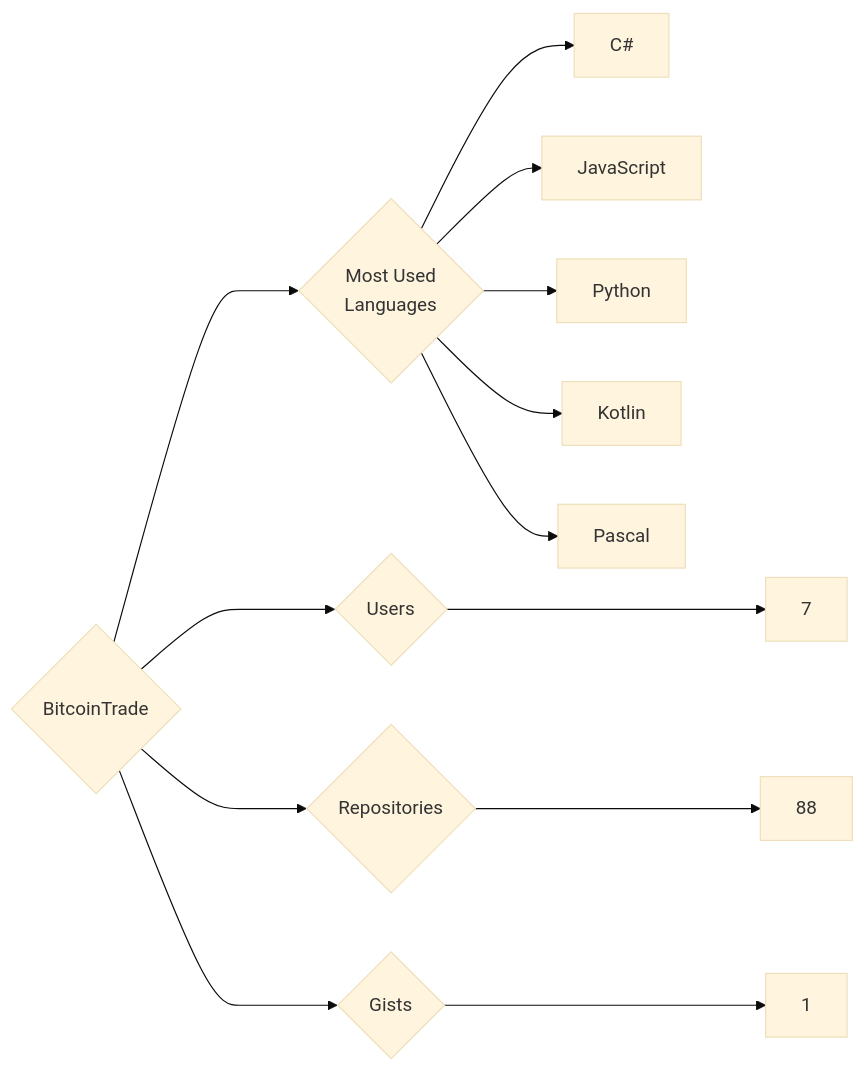
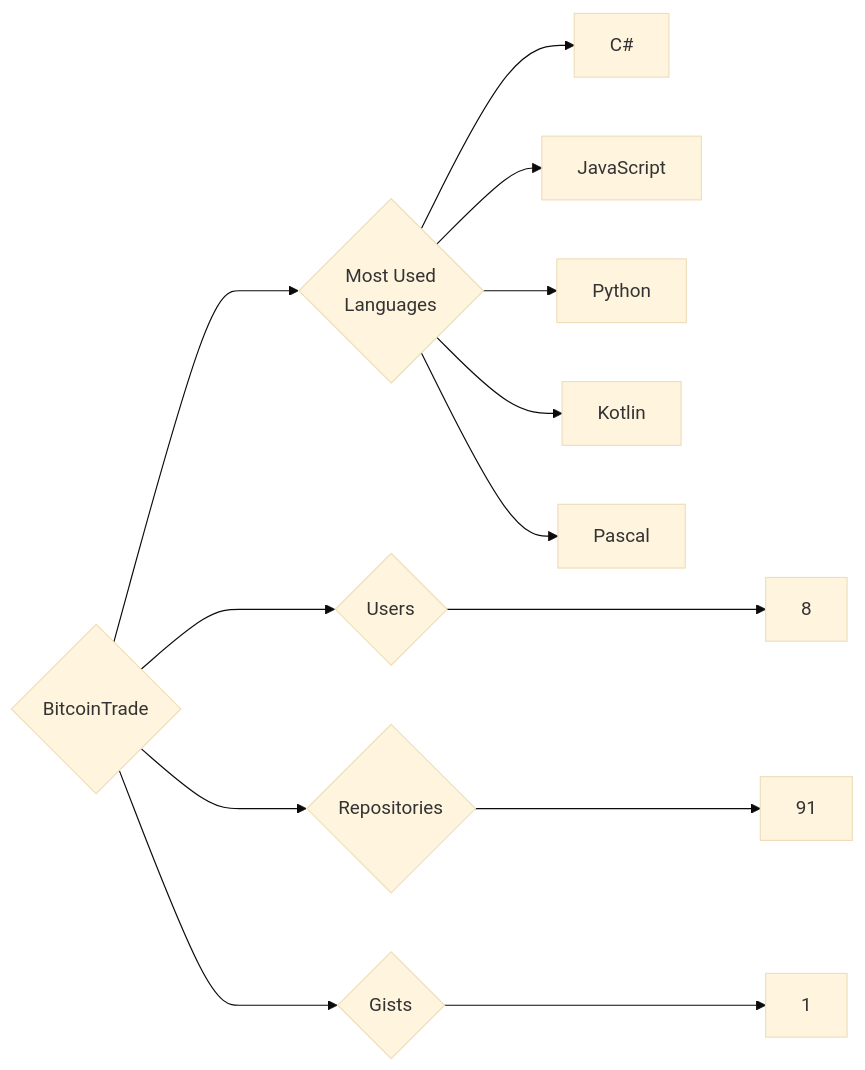
Before and after one commit to trickest/insiders: the diagram in targets/BitcoinTrade/README.md, drawn with Mermaid (base theme). The commit also changed 1023 other files, not shown here.

````diff
--- a/targets/BitcoinTrade/README.md
+++ b/targets/BitcoinTrade/README.md
@@ -3,13 +3,13 @@
 ```mermaid
 graph LR
 COMPANY_NAME{BitcoinTrade}
-COMPANY_NAME ---> U{Users} ---> UN[7]
-COMPANY_NAME ---> R{Repositories} ---> RN[88]
+COMPANY_NAME ---> U{Users} ---> UN[8]
+COMPANY_NAME ---> R{Repositories} ---> RN[91]
 COMPANY_NAME ---> G{Gists} ---> GN[1]
 COMPANY_NAME ---> ML{Most Used<br>Languages}
 ML --> C#[C#]
 ML --> JavaScript[JavaScript]
 ML --> Python[Python]
 ML --> Kotlin[Kotlin]
 ML --> Pascal[Pascal]
 ```
````
